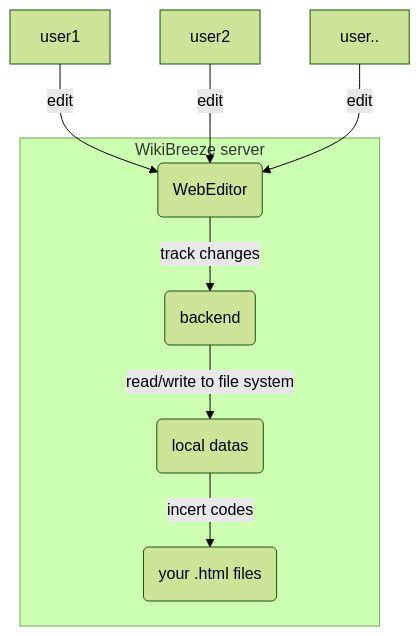
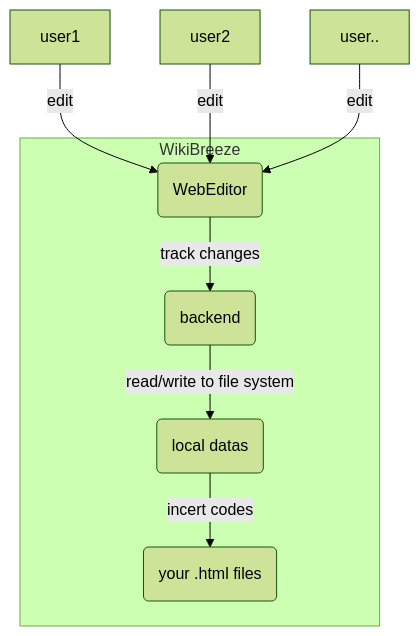
The diagram in README.md (950288/WikiBreeze), drawn with Mermaid (forest theme) before and after one commit.

````diff
--- a/README.md
+++ b/README.md
@@ -68,11 +68,11 @@
 ```mermaid
 graph TB
     user1 --edit--> WebEditor
     user2 --edit--> WebEditor
     user.. --edit--> WebEditor
-    subgraph WikiBreeze server
+    subgraph WikiBreeze
         WebEditor(WebEditor) --track changes--> backend(backend)
         backend --read/write to file system--> data(local datas)
         data --incert codes--> pages(your .html files)
     end
 ```
````
